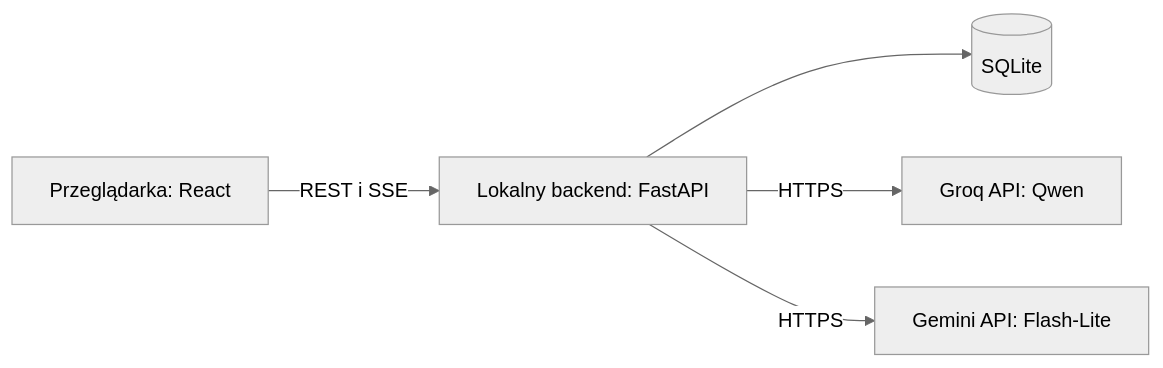
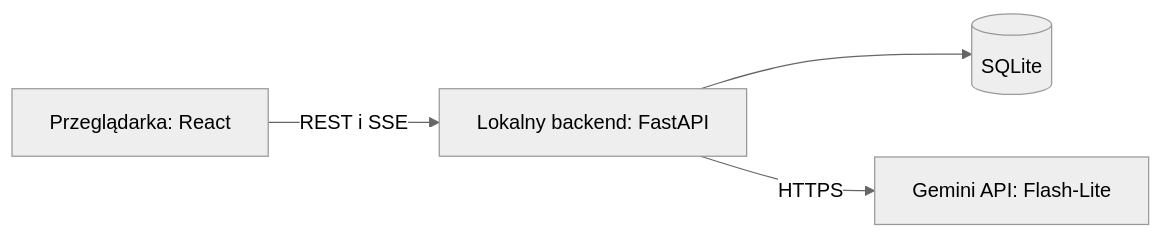
Before and after one commit to tomaszsankowski/llm-debate: the diagram in README.md, drawn with Mermaid (neutral theme). The commit also changed other lines of this file and 25 other files, not shown here.

````diff
--- a/README.md
+++ b/README.md
@@ -192,7 +191,6 @@
 ```mermaid
 flowchart LR
     UI[Przeglądarka: React] -->|REST i SSE| API[Lokalny backend: FastAPI]
     API --> DB[(SQLite)]
-    API -->|HTTPS| GROQ[Groq API: Qwen]
     API -->|HTTPS| GEMINI[Gemini API: Flash-Lite]
 ```
````
